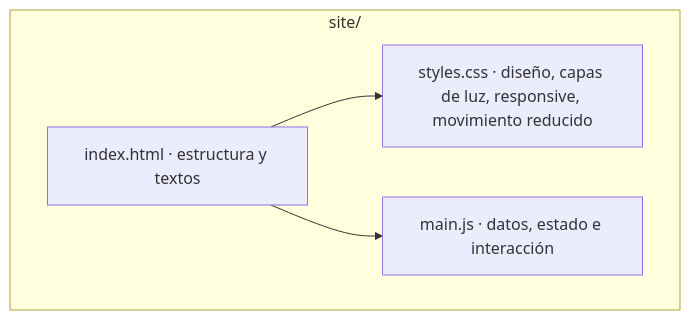
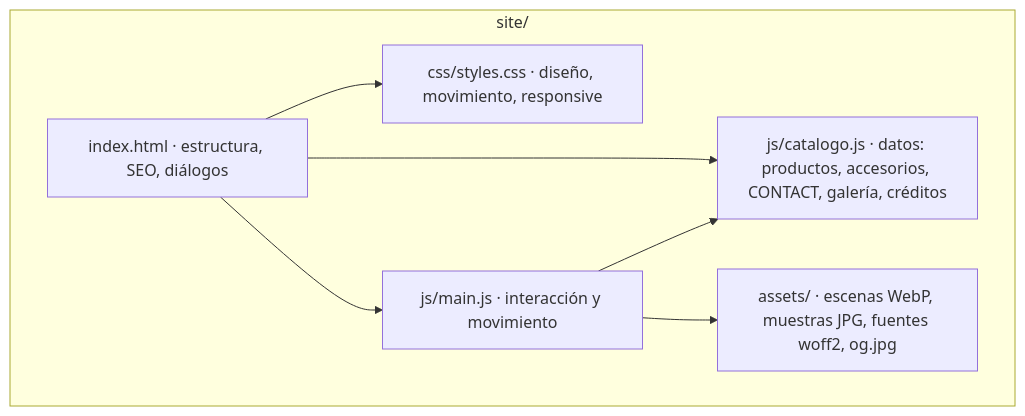
Before and after one commit to cafe-orvin/lambrin-landing: the second of 3 diagrams in blueprints/_sistema/02-diagramas.md, drawn with Mermaid. The commit also changed other lines of this file and 9 other files, not shown here.

````diff
--- a/blueprints/_sistema/02-diagramas.md
+++ b/blueprints/_sistema/02-diagramas.md
@@ -13,10 +13,13 @@
 ```mermaid
 flowchart TB
   subgraph site/
-    H[index.html · estructura y textos]
-    C[styles.css · diseño, capas de luz, responsive, movimiento reducido]
-    J[main.js · datos, estado e interacción]
+    H[index.html · estructura, SEO, diálogos]
+    C[css/styles.css · diseño, movimiento, responsive]
+    D[js/catalogo.js · datos: productos, accesorios, CONTACT, galería, créditos]
+    J[js/main.js · interacción y movimiento]
+    AS[assets/ · escenas WebP, muestras JPG, fuentes woff2, og.jpg]
   end
-  H --> C
-  H --> J
+  H --> C & D & J
+  J --> D
+  J --> AS
 ```
````
